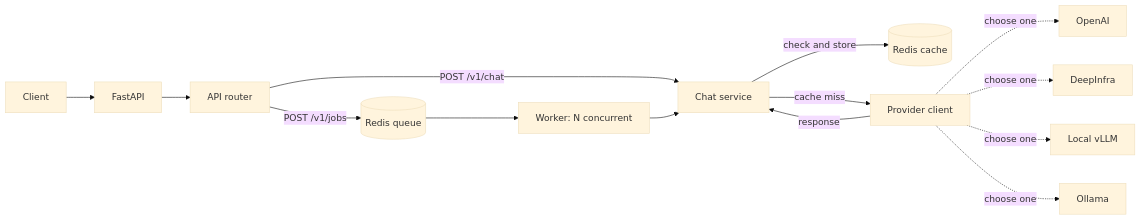
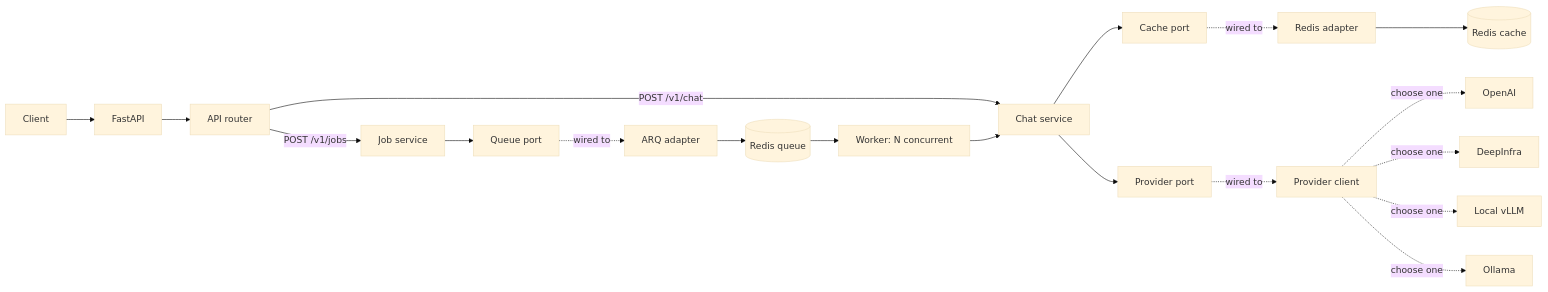
Before and after one commit to WeerayutBu/backend: the first of 2 diagrams in 00P2-project-llm-api/README.md, drawn with Mermaid (base theme). The commit also changed other lines of this file and 44 other files, not shown here.

````diff
--- a/00P2-project-llm-api/README.md
+++ b/00P2-project-llm-api/README.md
@@ -17,20 +17,25 @@
 ```mermaid
 flowchart LR
     Client --> API[FastAPI]
     API --> Router[API router]
 
     Router -->|POST /v1/chat| Service[Chat service]
-    Router -->|POST /v1/jobs| Queue[(Redis queue)]
+    Router -->|POST /v1/jobs| Jobs[Job service]
+    Jobs --> QueuePort[Queue port]
+    QueuePort -. wired to .-> QueueAdapter[ARQ adapter]
+    QueueAdapter --> Queue[(Redis queue)]
 
     Queue --> Worker[Worker: N concurrent]
     Worker --> Service
 
-    Service -->|check and store| Cache[(Redis cache)]
-    Service -->|cache miss| Gateway[Provider client]
-    Gateway -->|response| Service
+    Service --> CachePort[Cache port]
+    CachePort -. wired to .-> CacheAdapter[Redis adapter]
+    CacheAdapter --> Cache[(Redis cache)]
+    Service --> ProviderPort[Provider port]
+    ProviderPort -. wired to .-> Gateway[Provider client]
 
     Gateway -. choose one .-> OpenAI[OpenAI]
     Gateway -. choose one .-> DeepInfra[DeepInfra]
     Gateway -. choose one .-> vLLM[Local vLLM]
     Gateway -. choose one .-> Ollama[Ollama]
 ```
````
